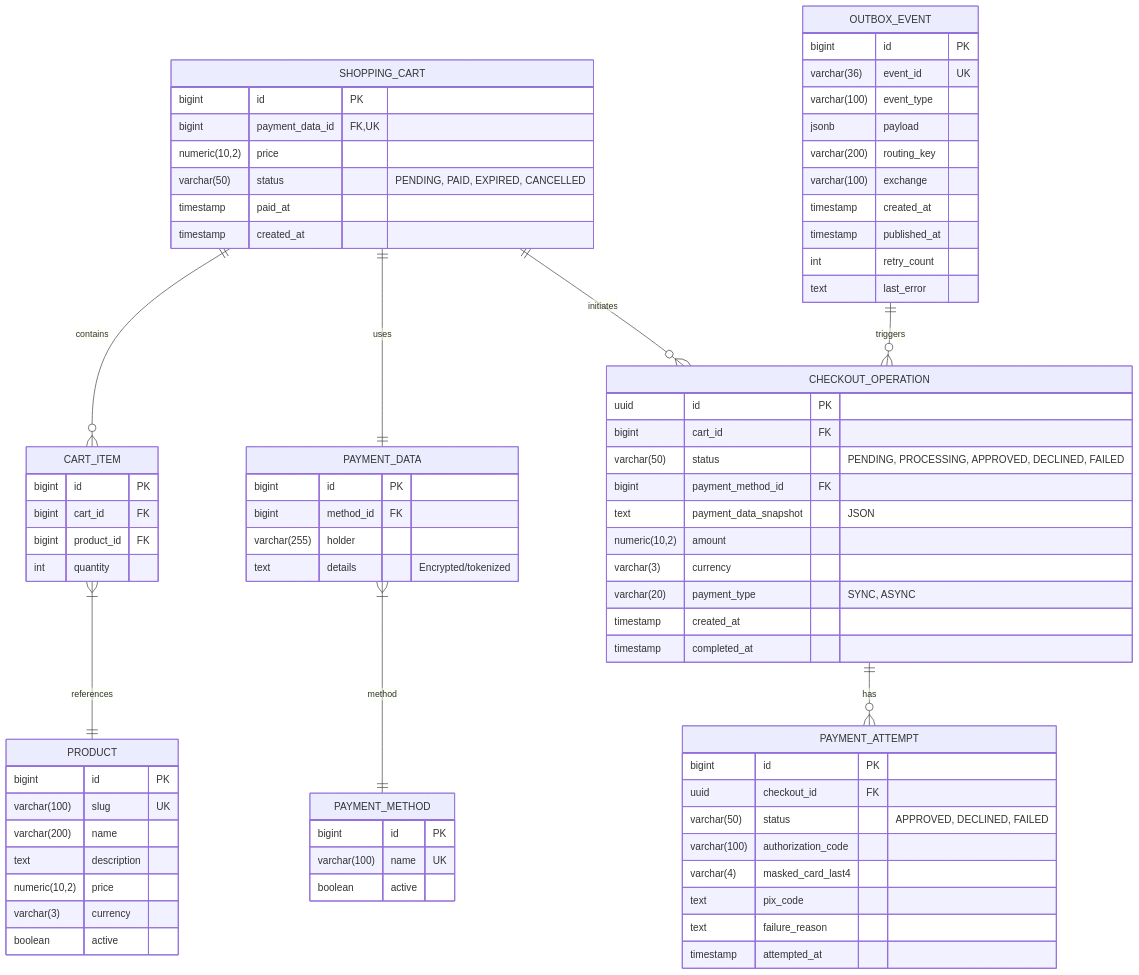
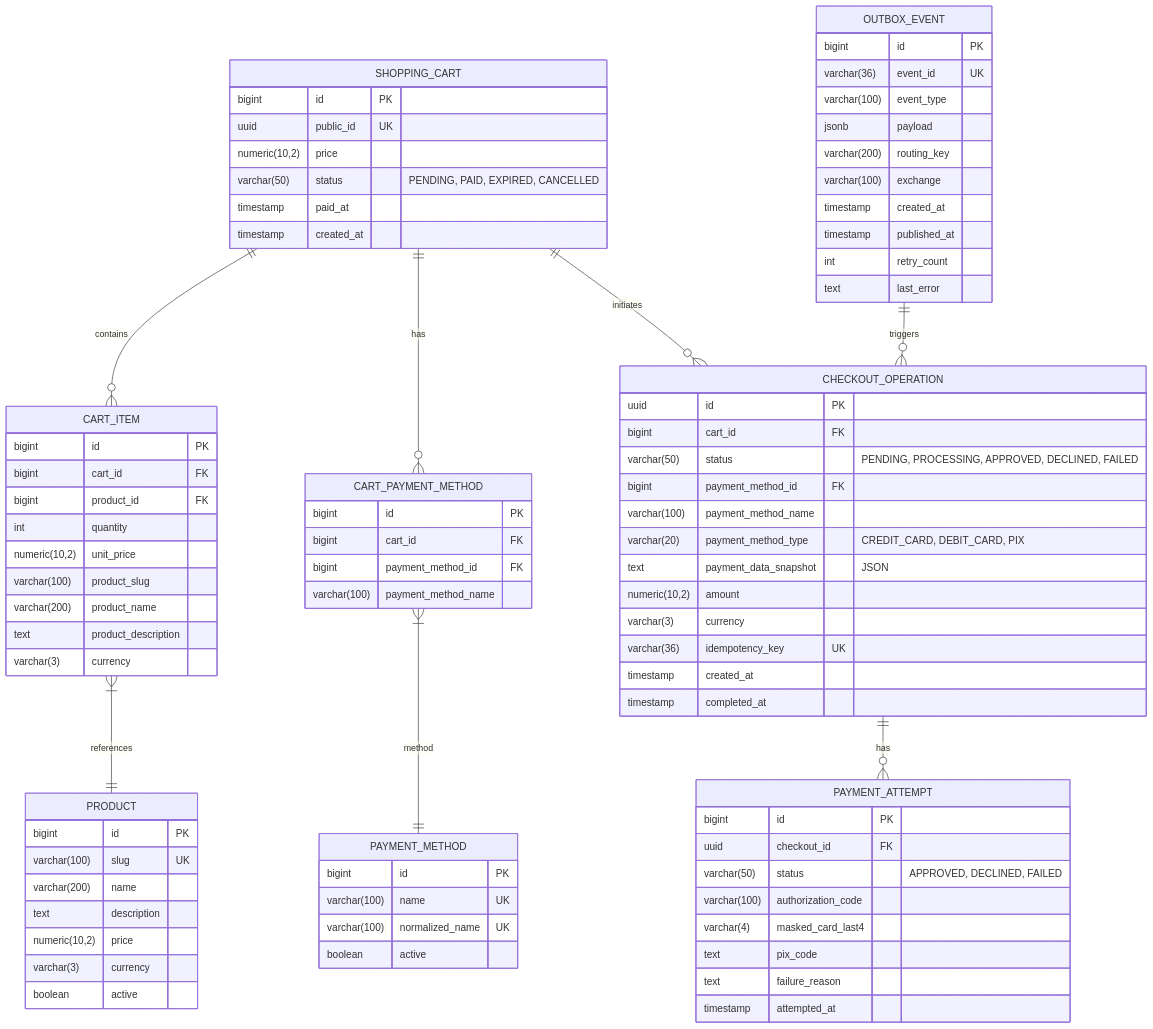
The diagram in docs/specs/diagrams/database-erd.mmd (DavidBNeto/checkout-bff), drawn with Mermaid before and after one commit. The commit also changed 202 other files, not shown here.

```diff
--- a/docs/specs/diagrams/database-erd.mmd
+++ b/docs/specs/diagrams/database-erd.mmd
@@ -1,85 +1,94 @@
 erDiagram
     SHOPPING_CART ||--o{ CART_ITEM : contains
-    SHOPPING_CART ||--|| PAYMENT_DATA : uses
-    PAYMENT_DATA }|--|| PAYMENT_METHOD : "method"
+    SHOPPING_CART ||--o{ CART_PAYMENT_METHOD : "has"
+    CART_PAYMENT_METHOD }|--|| PAYMENT_METHOD : "method"
     CART_ITEM }|--|| PRODUCT : references
     SHOPPING_CART ||--o{ CHECKOUT_OPERATION : "initiates"
     CHECKOUT_OPERATION ||--o{ PAYMENT_ATTEMPT : "has"
     OUTBOX_EVENT ||--o{ CHECKOUT_OPERATION : "triggers"
 
     SHOPPING_CART {
         bigint id PK
-        bigint payment_data_id FK,UK
+        uuid public_id UK
         numeric(10,2) price
         varchar(50) status "PENDING, PAID, EXPIRED, CANCELLED"
         timestamp paid_at
         timestamp created_at
     }
 
     CART_ITEM {
         bigint id PK
         bigint cart_id FK
         bigint product_id FK
         int quantity
+        numeric(10,2) unit_price
+        varchar(100) product_slug
+        varchar(200) product_name
+        text product_description
+        varchar(3) currency
         %% Unique constraint: (cart_id, product_id)
     }
 
     PRODUCT {
         bigint id PK
         varchar(100) slug UK
         varchar(200) name
         text description
         numeric(10,2) price
         varchar(3) currency
         boolean active
     }
 
     PAYMENT_METHOD {
         bigint id PK
         varchar(100) name UK
+        varchar(100) normalized_name UK
         boolean active
     }
 
-    PAYMENT_DATA {
+    CART_PAYMENT_METHOD {
         bigint id PK
-        bigint method_id FK
-        varchar(255) holder
-        text details "Encrypted/tokenized"
+        bigint cart_id FK
+        bigint payment_method_id FK
+        varchar(100) payment_method_name
+        %% Unique constraint: (cart_id, payment_method_id)
     }
 
     CHECKOUT_OPERATION {
         uuid id PK
         bigint cart_id FK
         varchar(50) status "PENDING, PROCESSING, APPROVED, DECLINED, FAILED"
         bigint payment_method_id FK
+        varchar(100) payment_method_name
+        varchar(20) payment_method_type "CREDIT_CARD, DEBIT_CARD, PIX"
         text payment_data_snapshot "JSON"
         numeric(10,2) amount
         varchar(3) currency
-        varchar(20) payment_type "SYNC, ASYNC"
+        varchar(36) idempotency_key UK
         timestamp created_at
         timestamp completed_at
     }
 
     PAYMENT_ATTEMPT {
         bigint id PK
         uuid checkout_id FK
         varchar(50) status "APPROVED, DECLINED, FAILED"
         varchar(100) authorization_code
         varchar(4) masked_card_last4
         text pix_code
         text failure_reason
         timestamp attempted_at
     }
 
     OUTBOX_EVENT {
         bigint id PK
         varchar(36) event_id UK
         varchar(100) event_type
         jsonb payload
         varchar(200) routing_key
         varchar(100) exchange
         timestamp created_at
         timestamp published_at
         int retry_count
         text last_error
     }
```
